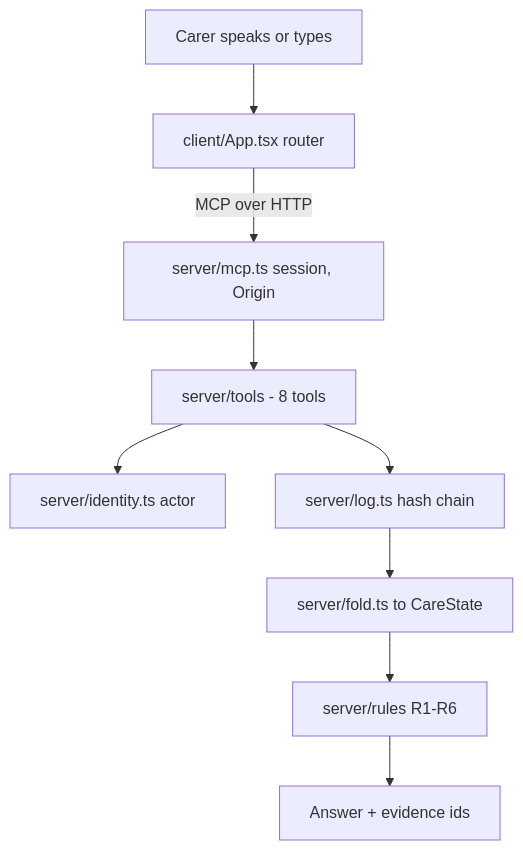
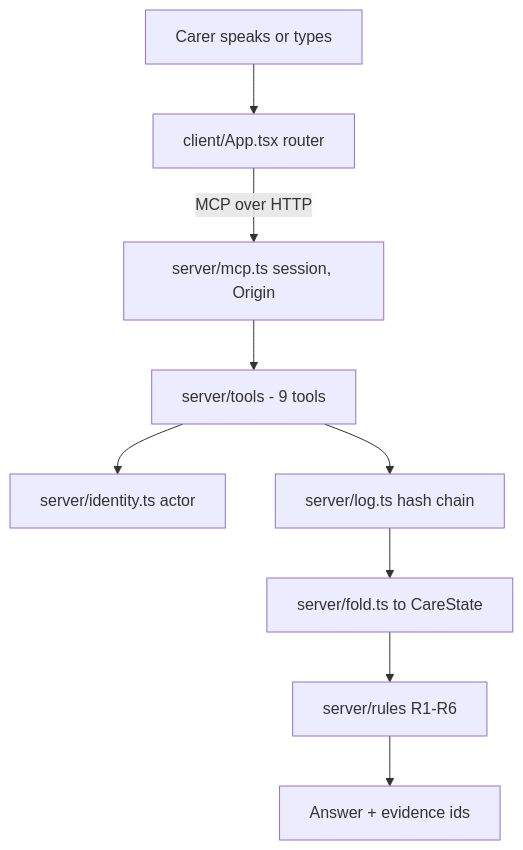
Before and after one commit to Divyanshu-kumar14/SecondLook: the diagram in README.md, drawn with Mermaid. The commit also changed other lines of this file and 22 other files, not shown here.

````diff
--- a/README.md
+++ b/README.md
@@ -98,11 +102,11 @@
 ```mermaid
 flowchart TD
   U["Carer speaks or types"] --> C["client/App.tsx router"]
   C -->|"MCP over HTTP"| M["server/mcp.ts session, Origin"]
-  M --> T["server/tools - 8 tools"]
+  M --> T["server/tools - 9 tools"]
   T --> A["server/identity.ts actor"]
   T --> L["server/log.ts hash chain"]
   L --> F["server/fold.ts to CareState"]
   F --> R["server/rules R1-R6"]
   R --> S["Answer + evidence ids"]
 ```
````
